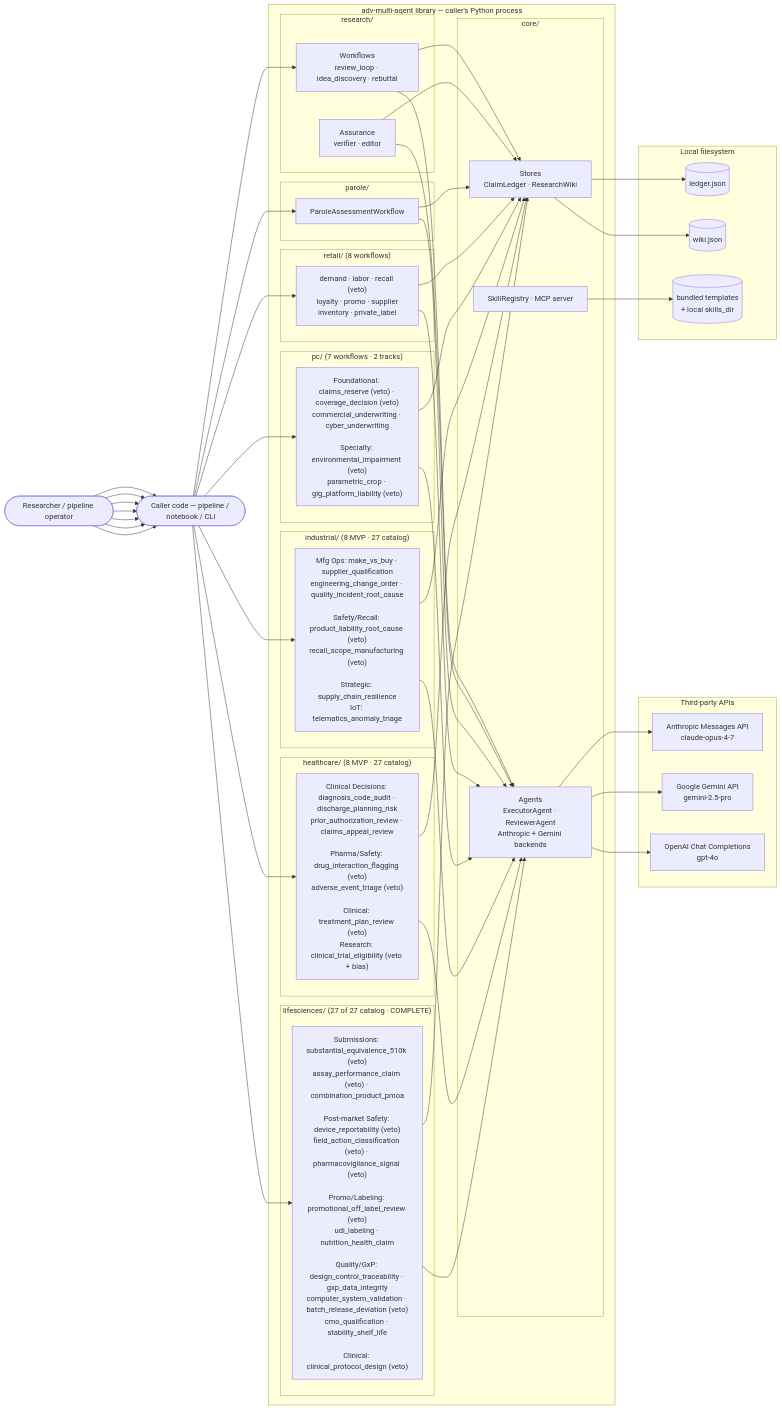
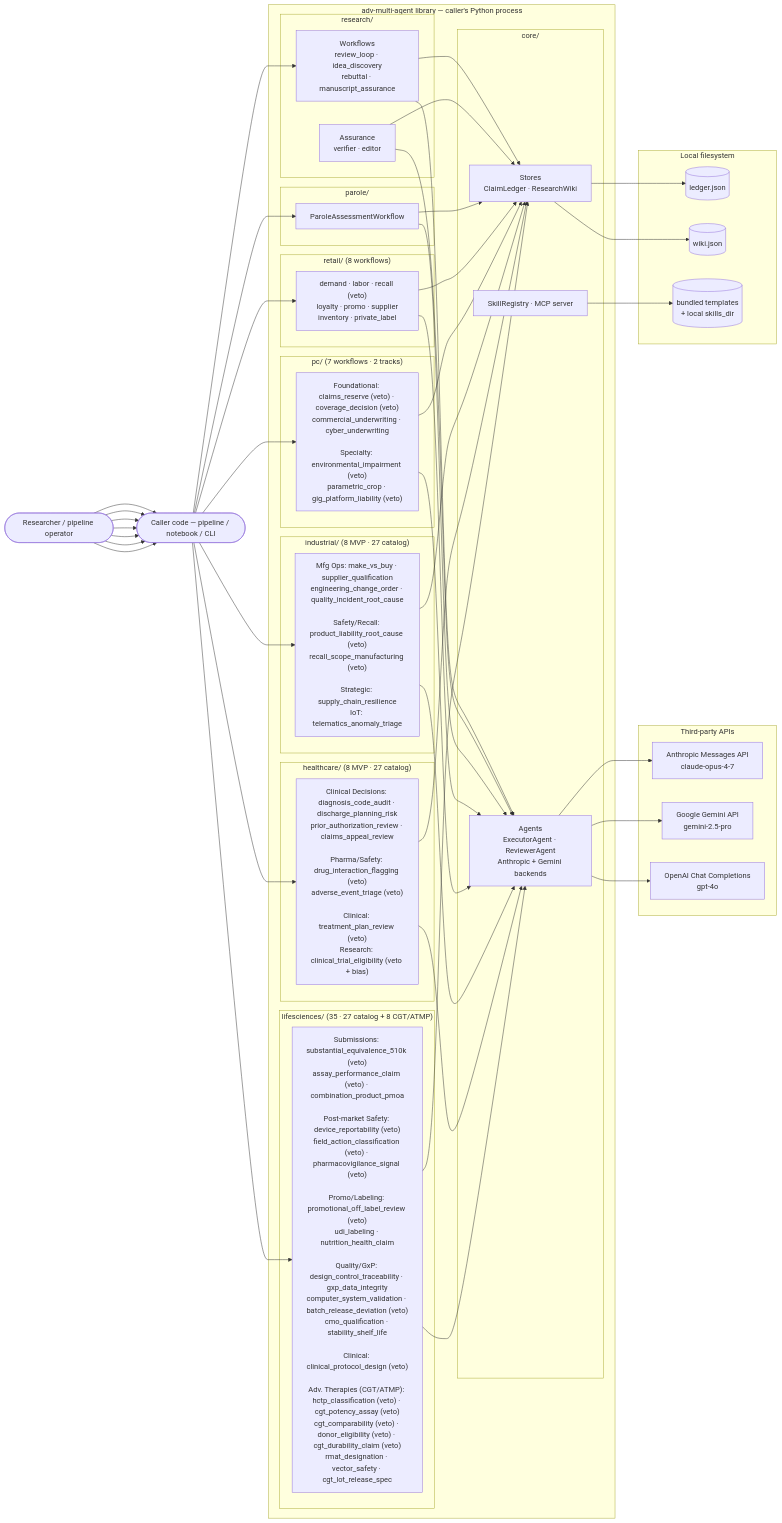
One commit to gmanch94/adversarial-multi-agent-lib changed the first of 6 diagrams in docs/architecture.md. Above: the diagram before and after it, drawn with Mermaid. The commit also changed other lines of this file and 1 other file, not shown here.

First line of the commit message:
docs: refresh architecture + deployment-architecture to current state [skip ci]

````diff
--- a/docs/architecture.md
+++ b/docs/architecture.md
@@ -36,77 +36,77 @@
 ```mermaid
 flowchart LR
     Researcher([Researcher / pipeline operator])
     Caller([Caller code — pipeline / notebook / CLI])
 
     subgraph Lib["adv-multi-agent library — caller's Python process"]
         subgraph Core["core/"]
             Agents[Agents<br/>ExecutorAgent · ReviewerAgent<br/>Anthropic + Gemini backends]
             Stores[Stores<br/>ClaimLedger · ResearchWiki]
             SkillsMcp[SkillRegistry · MCP server]
         end
         subgraph Research["research/"]
-            Workflows[Workflows<br/>review_loop · idea_discovery · rebuttal]
+            Workflows[Workflows<br/>review_loop · idea_discovery<br/>rebuttal · manuscript_assurance]
             Assurance[Assurance<br/>verifier · editor]
         end
         subgraph ParoleDomain["parole/"]
             ParoleWf[ParoleAssessmentWorkflow]
         end
         subgraph RetailDomain["retail/ (8 workflows)"]
             RetailWf["demand · labor · recall (veto)<br/>loyalty · promo · supplier<br/>inventory · private_label"]
         end
         subgraph PCDomain["pc/ (7 workflows · 2 tracks)"]
             PCWf["Foundational: claims_reserve (veto) · coverage_decision (veto)<br/>commercial_underwriting · cyber_underwriting<br/><br/>Specialty: environmental_impairment (veto)<br/>parametric_crop · gig_platform_liability (veto)"]
         end
         subgraph IndustrialDomain["industrial/ (8 MVP · 27 catalog)"]
             IndWf["Mfg Ops: make_vs_buy · supplier_qualification<br/>engineering_change_order · quality_incident_root_cause<br/><br/>Safety/Recall: product_liability_root_cause (veto)<br/>recall_scope_manufacturing (veto)<br/><br/>Strategic: supply_chain_resilience<br/>IoT: telematics_anomaly_triage"]
         end
         subgraph HealthcareDomain["healthcare/ (8 MVP · 27 catalog)"]
             HW["Clinical Decisions: diagnosis_code_audit · discharge_planning_risk<br/>prior_authorization_review · claims_appeal_review<br/><br/>Pharma/Safety: drug_interaction_flagging (veto)<br/>adverse_event_triage (veto)<br/><br/>Clinical: treatment_plan_review (veto)<br/>Research: clinical_trial_eligibility (veto + bias)"]
         end
-        subgraph LifeSciDomain["lifesciences/ (27 of 27 catalog · COMPLETE)"]
-            LSWf["Submissions: substantial_equivalence_510k (veto)<br/>assay_performance_claim (veto) · combination_product_pmoa<br/><br/>Post-market Safety: device_reportability (veto)<br/>field_action_classification (veto) · pharmacovigilance_signal (veto)<br/><br/>Promo/Labeling: promotional_off_label_review (veto)<br/>udi_labeling · nutrition_health_claim<br/><br/>Quality/GxP: design_control_traceability · gxp_data_integrity<br/>computer_system_validation · batch_release_deviation (veto)<br/>cmo_qualification · stability_shelf_life<br/><br/>Clinical: clinical_protocol_design (veto)"]
+        subgraph LifeSciDomain["lifesciences/ (35 · 27 catalog + 8 CGT/ATMP)"]
+            LSWf["Submissions: substantial_equivalence_510k (veto)<br/>assay_performance_claim (veto) · combination_product_pmoa<br/><br/>Post-market Safety: device_reportability (veto)<br/>field_action_classification (veto) · pharmacovigilance_signal (veto)<br/><br/>Promo/Labeling: promotional_off_label_review (veto)<br/>udi_labeling · nutrition_health_claim<br/><br/>Quality/GxP: design_control_traceability · gxp_data_integrity<br/>computer_system_validation · batch_release_deviation (veto)<br/>cmo_qualification · stability_shelf_life<br/><br/>Clinical: clinical_protocol_design (veto)<br/><br/>Adv. Therapies (CGT/ATMP): hctp_classification (veto) · cgt_potency_assay (veto)<br/>cgt_comparability (veto) · donor_eligibility (veto) · cgt_durability_claim (veto)<br/>rmat_designation · vector_safety · cgt_lot_release_spec"]
         end
         Workflows --> Agents
         Workflows --> Stores
         Assurance --> Agents
         Assurance --> Stores
         ParoleWf --> Agents
         ParoleWf --> Stores
         RetailWf --> Agents
         RetailWf --> Stores
         PCWf --> Agents
         PCWf --> Stores
         IndWf --> Agents
         IndWf --> Stores
         HW --> Agents
         HW --> Stores
         LSWf --> Agents
         LSWf --> Stores
     end
 
     subgraph Third["Third-party APIs"]
         Anthropic[Anthropic Messages API<br/>claude-opus-4-7]
         Gemini[Google Gemini API<br/>gemini-2.5-pro]
         OpenAI[OpenAI Chat Completions<br/>gpt-4o]
     end
 
     subgraph FS["Local filesystem"]
         Ledger[(ledger.json)]
         Wiki[(wiki.json)]
         Skills[(bundled templates<br/>+ local skills_dir)]
     end
 
     Researcher --> Caller --> Workflows
     Researcher --> Caller --> ParoleWf
     Researcher --> Caller --> RetailWf
     Researcher --> Caller --> PCWf
     Researcher --> Caller --> IndWf
     Researcher --> Caller --> HW
     Researcher --> Caller --> LSWf
     Agents --> Anthropic
     Agents --> Gemini
     Agents --> OpenAI
     Stores --> Ledger
     Stores --> Wiki
     SkillsMcp --> Skills
 ```
````
